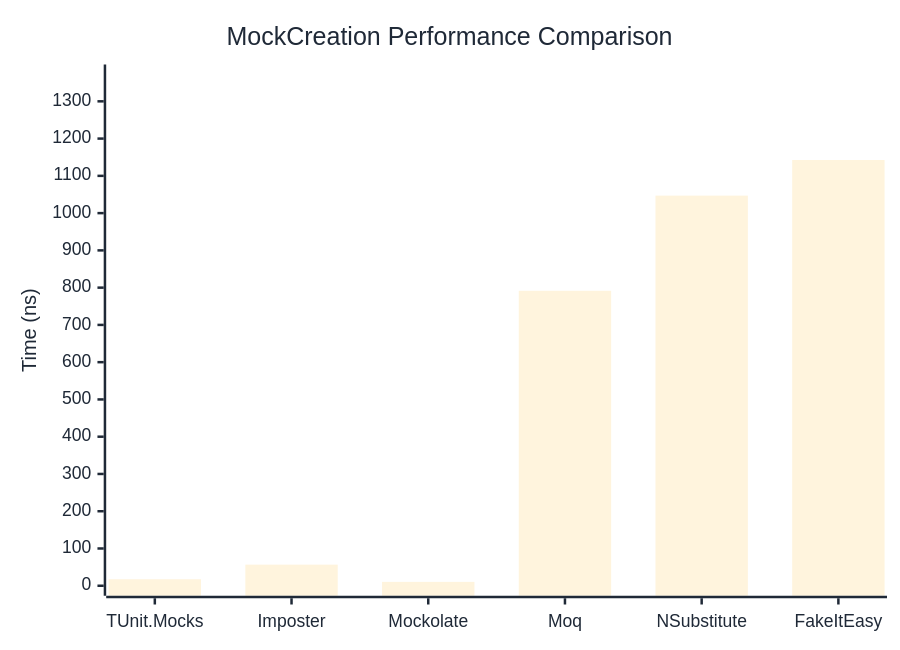
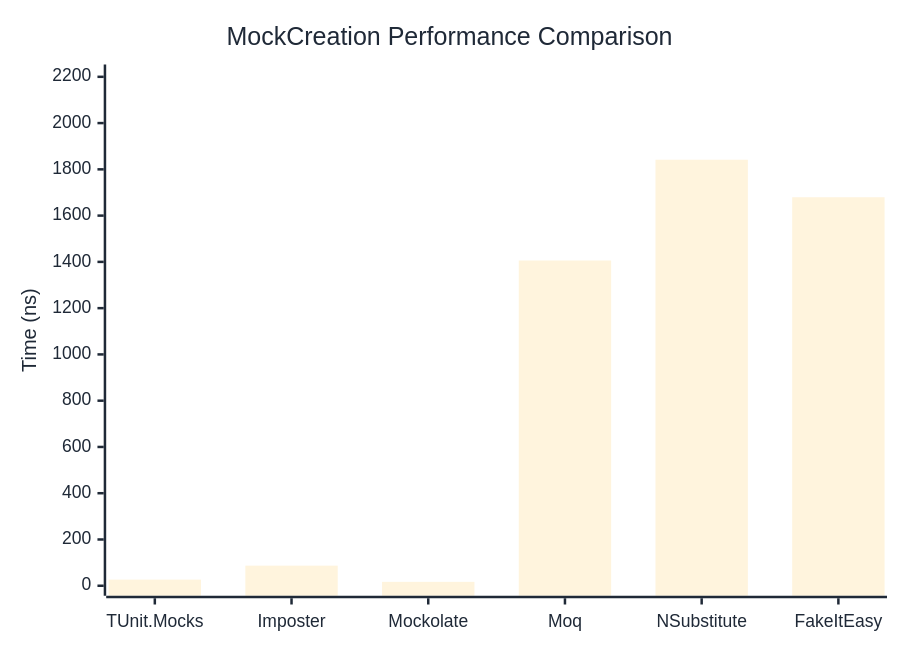
The first of 2 diagrams in docs/docs/benchmarks/mocks/MockCreation.md (thomhurst/TUnit), drawn with Mermaid before and after one commit. The commit also changed other lines of this file and 14 other files, not shown here.

````diff
--- a/docs/docs/benchmarks/mocks/MockCreation.md
+++ b/docs/docs/benchmarks/mocks/MockCreation.md
@@ -30,27 +30,27 @@
 ```mermaid
 %%{init: {
   'theme':'base',
   'themeVariables': {
     'primaryColor': '#2563eb',
     'primaryTextColor': '#1f2937',
     'primaryBorderColor': '#1e40af',
     'lineColor': '#6b7280',
     'secondaryColor': '#7c3aed',
     'tertiaryColor': '#dc2626',
     'background': '#ffffff',
     'pie1': '#2563eb',
     'pie2': '#7c3aed',
     'pie3': '#dc2626',
     'pie4': '#f59e0b',
     'pie5': '#10b981',
     'pie6': '#06b6d4',
     'pie7': '#ec4899',
     'pie8': '#6366f1'
   }
 }}%%
 xychart-beta
   title "MockCreation Performance Comparison"
   x-axis ["TUnit.Mocks", "Imposter", "Mockolate", "Moq", "NSubstitute", "FakeItEasy"]
-  y-axis "Time (ns)" 0 --> 1372
-  bar [17.47, 56.62, 10.41, 791.56, 1046.98, 1142.52]
+  y-axis "Time (ns)" 0 --> 2210
+  bar [26.53, 86.87, 16.84, 1405.92, 1841.61, 1679.42]
 ```
````
